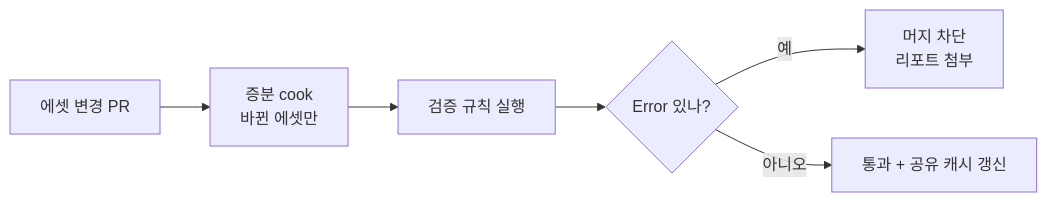
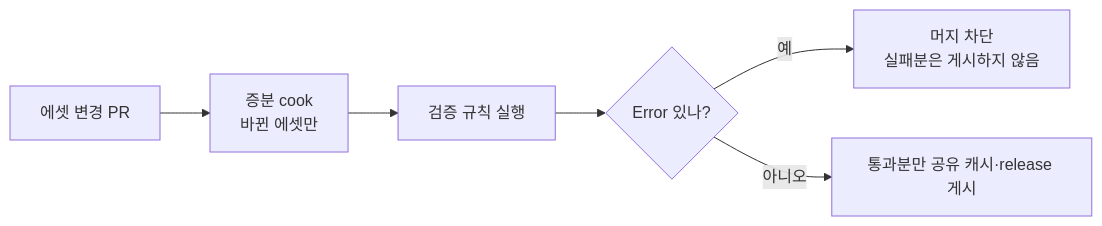
One commit to Rein-ArXiv/game-dev-curriculum changed the sixth of 7 diagrams in tools/part05_asset.md. Above: the diagram before and after it, drawn with Mermaid. The commit also changed other lines of this file and 279 other files, not shown here.

````diff
--- a/tools/part05_asset.md
+++ b/tools/part05_asset.md
@@ -465,8 +477,8 @@
 ```mermaid
 flowchart LR
     PR[에셋 변경 PR] --> Cook[증분 cook<br/>바뀐 에셋만]
     Cook --> Val[검증 규칙 실행]
     Val --> Gate{Error 있나?}
-    Gate -->|예| Block[머지 차단<br/>리포트 첨부]
-    Gate -->|아니오| Pass[통과 + 공유 캐시 갱신]
+    Gate -->|예| Block[머지 차단<br/>실패분은 게시하지 않음]
+    Gate -->|아니오| Pass[통과분만 공유 캐시·release 게시]
 ```
````
